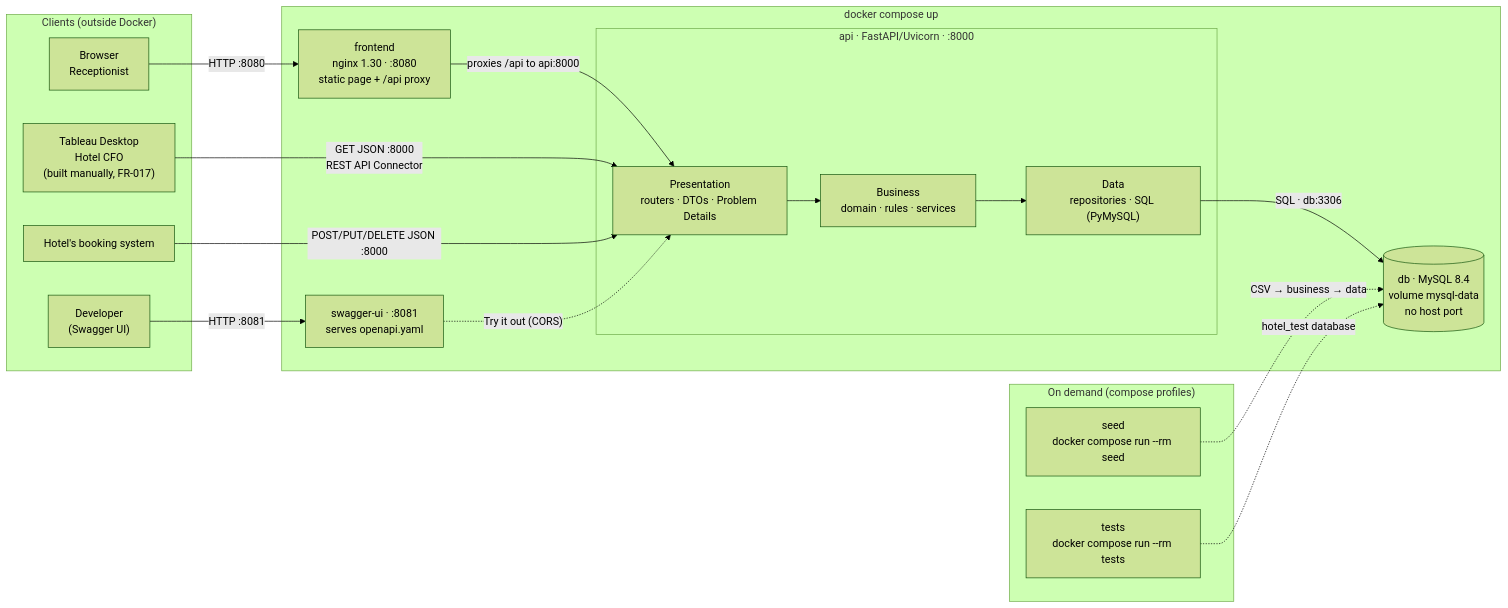
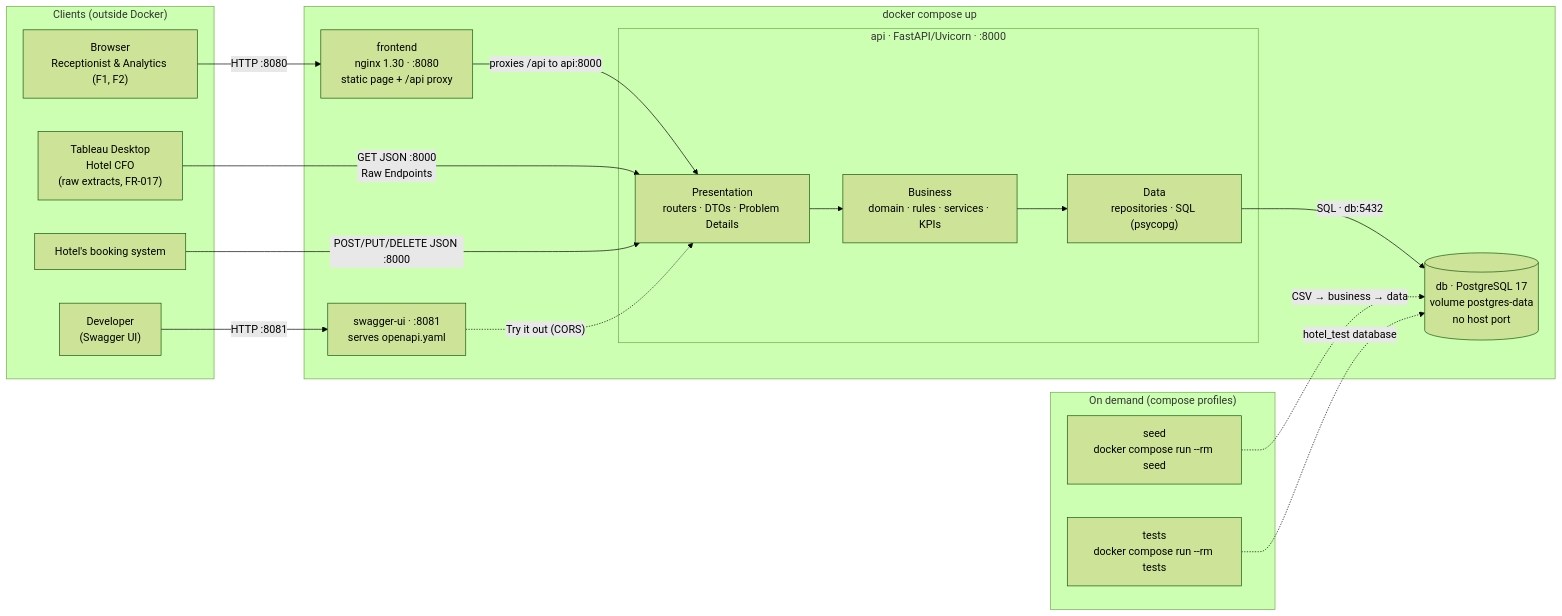
Before and after one commit to Hunder222/Hotel-Kong-Arthur: the diagram in README.md, drawn with Mermaid (forest theme). The commit also changed other lines of this file and 4 other files, not shown here.

````diff
--- a/README.md
+++ b/README.md
@@ -42,36 +52,36 @@
 ```mermaid
 flowchart LR
     subgraph Clients["Clients (outside Docker)"]
-        BROWSER["Browser<br/>Receptionist"]
-        TABLEAU["Tableau Desktop<br/>Hotel CFO<br/>(built manually, FR-017)"]
+        BROWSER["Browser<br/>Receptionist & Analytics (F1, F2)"]
+        TABLEAU["Tableau Desktop<br/>Hotel CFO<br/>(raw extracts, FR-017)"]
         HOTELSYS["Hotel's booking system"]
         DEV["Developer<br/>(Swagger UI)"]
     end
 
     subgraph Compose["docker compose up"]
         FE["frontend<br/>nginx 1.30 · :8080<br/>static page + /api proxy"]
         SW["swagger-ui · :8081<br/>serves openapi.yaml"]
         subgraph API["api · FastAPI/Uvicorn · :8000"]
             P["Presentation<br/>routers · DTOs · Problem Details"]
-            B["Business<br/>domain · rules · services"]
-            D["Data<br/>repositories · SQL (PyMySQL)"]
+            B["Business<br/>domain · rules · services · KPIs"]
+            D["Data<br/>repositories · SQL (psycopg)"]
             P --> B --> D
         end
-        DB[("db · MySQL 8.4<br/>volume mysql-data<br/>no host port")]
+        DB[("db · PostgreSQL 17<br/>volume postgres-data<br/>no host port")]
     end
 
     subgraph Tools["On demand (compose profiles)"]
         SEED["seed<br/>docker compose run --rm seed"]
         TESTS["tests<br/>docker compose run --rm tests"]
     end
 
     BROWSER -->|"HTTP :8080"| FE
     FE -->|"proxies /api to api:8000"| P
-    TABLEAU -->|"GET JSON :8000<br/>REST API Connector"| P
+    TABLEAU -->|"GET JSON :8000<br/>Raw Endpoints"| P
     HOTELSYS -->|"POST/PUT/DELETE JSON :8000"| P
     DEV -->|"HTTP :8081"| SW
     SW -.->|"Try it out (CORS)"| P
-    D -->|"SQL · db:3306"| DB
+    D -->|"SQL · db:5432"| DB
     SEED -.->|"CSV → business → data"| DB
     TESTS -.->|"hotel_test database"| DB
 ```
````
